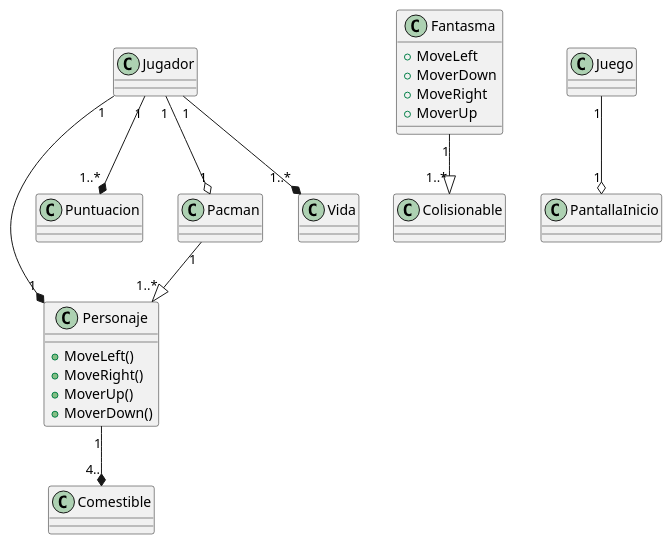
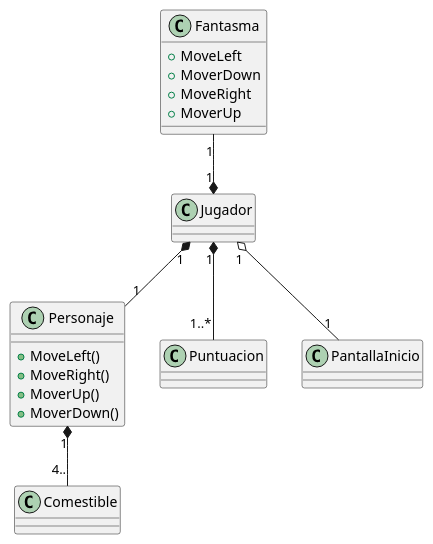
The diagram in docs/pacman.puml (Tunasshari23110170/Pacman2), drawn with PlantUML before and after one commit. The commit also changed 6 other files, not shown here.

```diff
--- a/docs/pacman.puml
+++ b/docs/pacman.puml
@@ -1,32 +1,27 @@
 @startuml Pacman 
 
 class Personaje{
     + MoveLeft()
     + MoveRight()
     + MoverUp()
     + MoverDown()
 }
 
 
 class Fantasma{
     +MoveLeft
     +MoverDown
     +MoveRight
     +MoverUp
 }
 
 class Puntuacion
 class Comestible
 class PantallaInicio
-class Colisionable
-class Juego
 
- Jugador "1" --* "1" Personaje 
- Pacman "1" --|> "1..*" Personaje
- Fantasma "1" --|> "1..*" Colisionable
- Personaje "1" --* "4.." Comestible
- Jugador "1" --o "1" Pacman
- Jugador "1" --* "1..*" Puntuacion
- Jugador "1" --* "1..*" Vida
-Juego "1" --o "1" PantallaInicio
+ Jugador "1" *-- "1" Personaje 
+ Personaje "1" *-- "4.." Comestible
+ Jugador "1" *-- "1..*" Puntuacion
+ Jugador "1" o-- "1" PantallaInicio
+ Fantasma "1" --* "1" Jugador 
  @enduml
```
